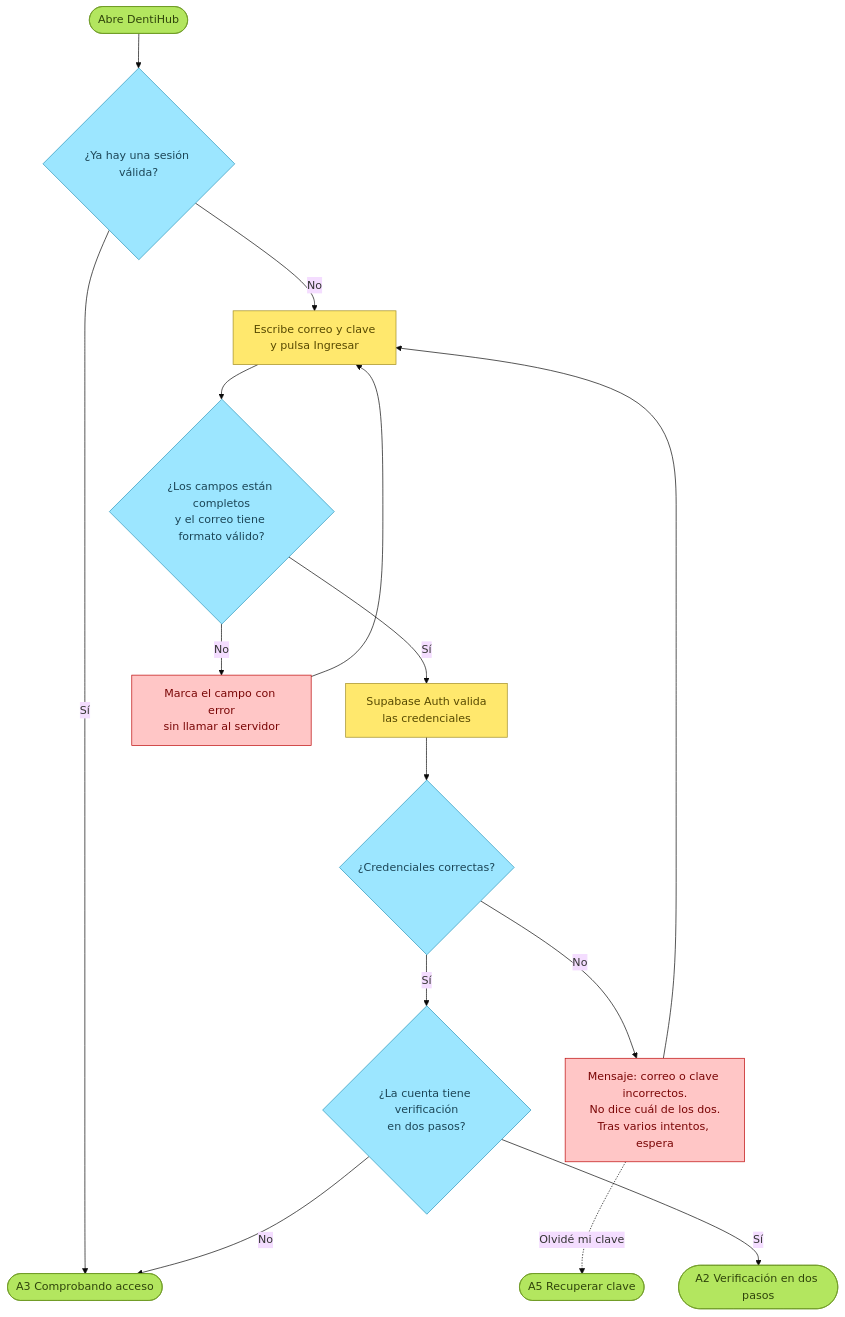
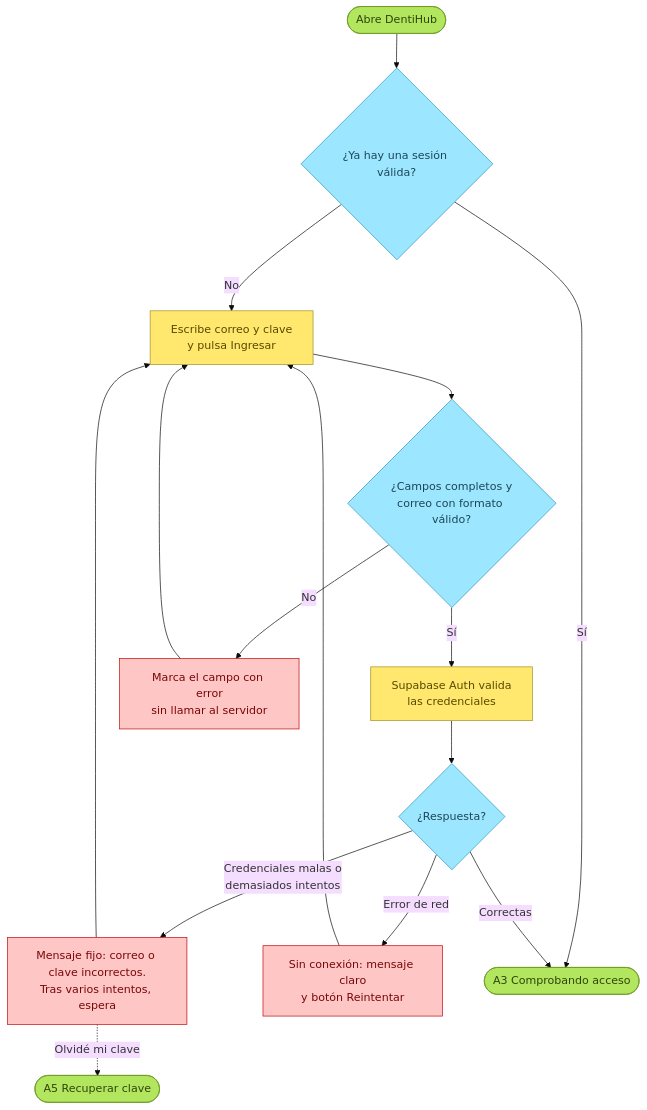
The first of 10 diagrams in docs/modulos/01-acceso.md (bernardoreveco/DentiHub), drawn with Mermaid (base theme) before and after one commit. The commit also changed other lines of this file and 48 other files, not shown here.

````diff
--- a/docs/modulos/01-acceso.md
+++ b/docs/modulos/01-acceso.md
@@ -20,31 +34,29 @@
 ```mermaid
 flowchart TD
     classDef ini fill:#B3E65F,stroke:#6E9A24,color:#2F440B
     classDef paso fill:#FFE86D,stroke:#A28E26,color:#574900
     classDef dec fill:#9CE6FF,stroke:#2C97BB,color:#1C4657
     classDef no fill:#FFC6C6,stroke:#BD0A0A,color:#7A0606
 
     i1([Abre DentiHub]):::ini
     i2{¿Ya hay una sesión válida?}:::dec
     i3[Escribe correo y clave<br/>y pulsa Ingresar]:::paso
-    i4{¿Los campos están completos<br/>y el correo tiene formato válido?}:::dec
+    i4{¿Campos completos y<br/>correo con formato válido?}:::dec
     i5[Supabase Auth valida<br/>las credenciales]:::paso
-    i6{¿Credenciales correctas?}:::dec
-    i7{¿La cuenta tiene verificación<br/>en dos pasos?}:::dec
+    i6{¿Respuesta?}:::dec
     e1[Marca el campo con error<br/>sin llamar al servidor]:::no
-    e2[Mensaje: correo o clave incorrectos.<br/>No dice cuál de los dos.<br/>Tras varios intentos, espera]:::no
-    a2([A2 Verificación en dos pasos]):::ini
+    e2[Mensaje fijo: correo o clave incorrectos.<br/>Tras varios intentos, espera]:::no
+    e3[Sin conexión: mensaje claro<br/>y botón Reintentar]:::no
     a3([A3 Comprobando acceso]):::ini
     a5([A5 Recuperar clave]):::ini
 
     i1 --> i2
     i2 -- Sí --> a3
     i2 -- No --> i3 --> i4
     i4 -- No --> e1 --> i3
     i4 -- Sí --> i5 --> i6
-    i6 -- No --> e2 --> i3
+    i6 -- Credenciales malas o<br/>demasiados intentos --> e2 --> i3
+    i6 -- Error de red --> e3 --> i3
     e2 -. Olvidé mi clave .-> a5
-    i6 -- Sí --> i7
-    i7 -- Sí --> a2
-    i7 -- No --> a3
+    i6 -- Correctas --> a3
 ```
````
